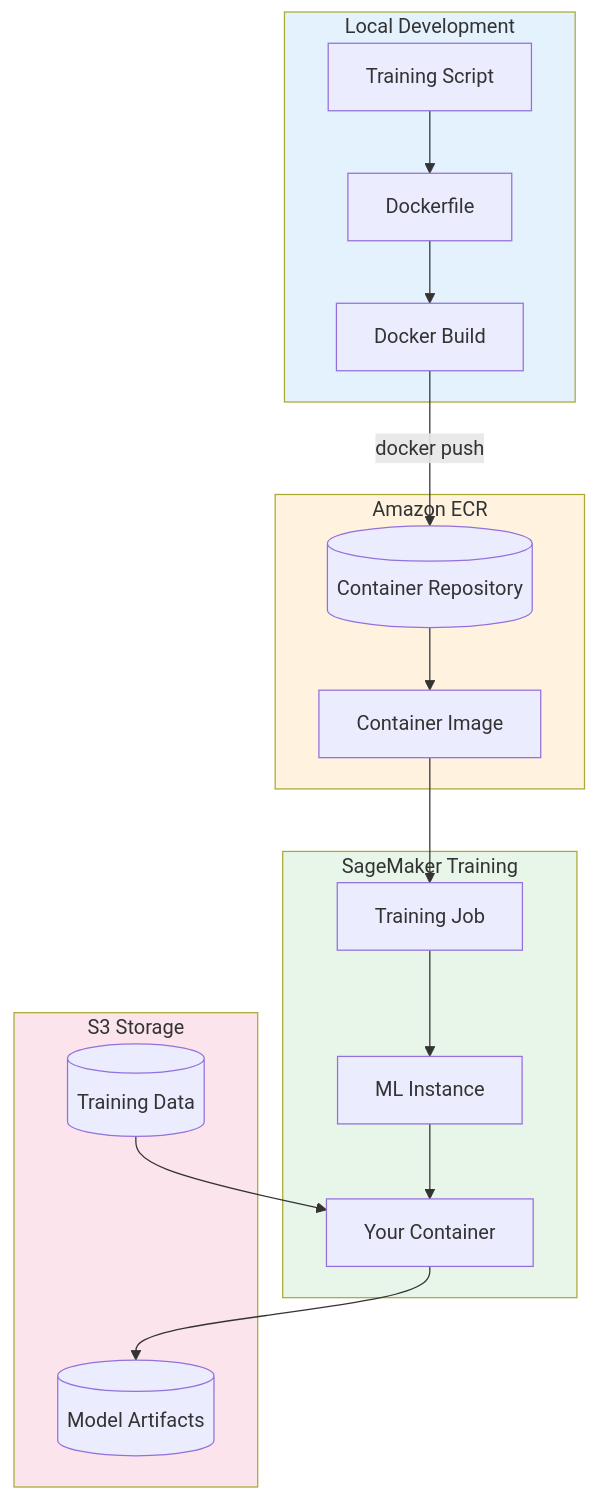
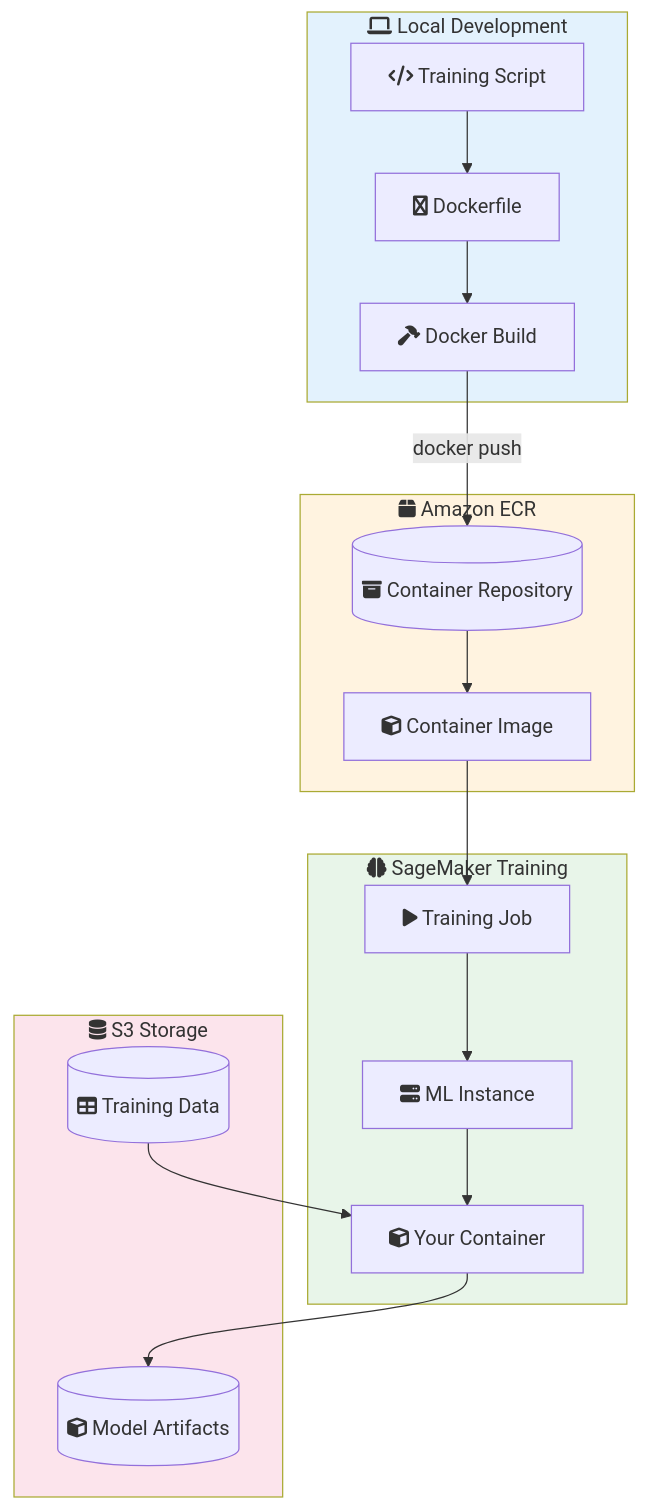
Before and after one commit to vinu76jsr/aws-sample-projects: the first of 3 diagrams in aws-ml-associate-prep/08-custom-container-ecr/LAB.md, drawn with Mermaid. The commit also changed other lines of this file and 15 other files, not shown here.

First line of the commit message:
Add Font Awesome icons to all Mermaid diagrams

````diff
--- a/aws-ml-associate-prep/08-custom-container-ecr/LAB.md
+++ b/aws-ml-associate-prep/08-custom-container-ecr/LAB.md
@@ -14,40 +14,40 @@
 ```mermaid
 flowchart TB
-    subgraph Local["Local Development"]
-        Code[Training Script]
-        Docker[Dockerfile]
-        Build[Docker Build]
+    subgraph Local["fa:fa-laptop Local Development"]
+        Code[fa:fa-code Training Script]
+        Docker[fa:fa-docker Dockerfile]
+        Build[fa:fa-hammer Docker Build]
     end
 
-    subgraph ECR["Amazon ECR"]
-        Repo[(Container Repository)]
-        Image[Container Image]
+    subgraph ECR["fa:fa-box Amazon ECR"]
+        Repo[(fa:fa-archive Container Repository)]
+        Image[fa:fa-cube Container Image]
     end
 
-    subgraph SageMaker["SageMaker Training"]
-        Job[Training Job]
-        Instance[ML Instance]
-        Container[Your Container]
+    subgraph SageMaker["fa:fa-brain SageMaker Training"]
+        Job[fa:fa-play Training Job]
+        Instance[fa:fa-server ML Instance]
+        Container[fa:fa-cube Your Container]
     end
 
-    subgraph Storage["S3 Storage"]
-        Input[(Training Data)]
-        Output[(Model Artifacts)]
+    subgraph Storage["fa:fa-database S3 Storage"]
+        Input[(fa:fa-table Training Data)]
+        Output[(fa:fa-cube Model Artifacts)]
     end
 
     Code --> Docker
     Docker --> Build
     Build --> |docker push| Repo
     Repo --> Image
 
     Image --> Job
     Job --> Instance
     Instance --> Container
     Input --> Container
     Container --> Output
 
     style Local fill:#e3f2fd
     style ECR fill:#fff3e0
     style SageMaker fill:#e8f5e9
     style Storage fill:#fce4ec
 ```
````
